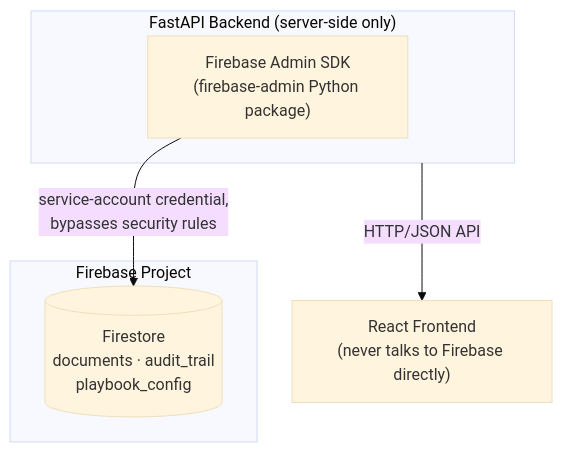
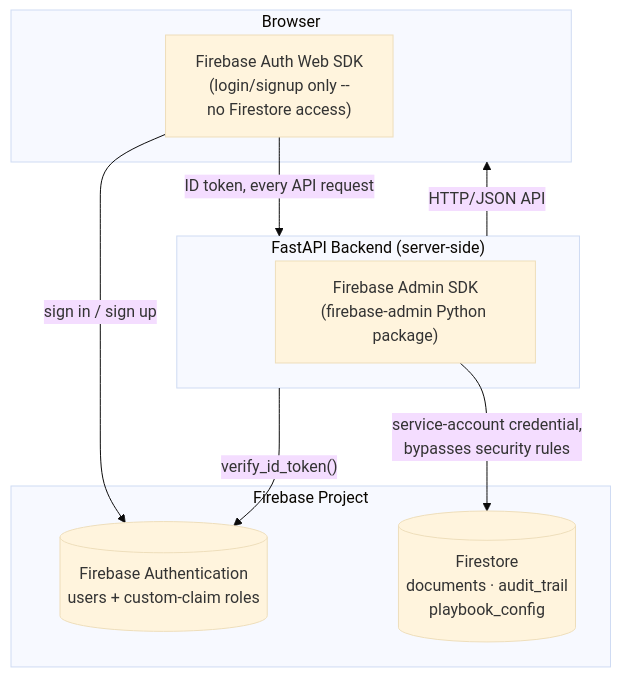
One commit to KL2300030695/LexTwin-AI changed the fourth of 4 diagrams in README.md. Above: the diagram before and after it, drawn with Mermaid (base theme). The commit also changed other lines of this file and 34 other files, not shown here.

````diff
--- a/README.md
+++ b/README.md
@@ -1460,11 +1521,18 @@
 ```mermaid
 flowchart TB
-    subgraph Backend["FastAPI Backend (server-side only)"]
+    subgraph Client["Browser"]
+        WEBAUTH["Firebase Auth Web SDK\n(login/signup only --\nno Firestore access)"]
+    end
+    subgraph Backend["FastAPI Backend (server-side)"]
         ADMIN["Firebase Admin SDK\n(firebase-admin Python package)"]
     end
     subgraph Firebase["Firebase Project"]
+        AUTH[("Firebase Authentication\nusers + custom-claim roles")]
         FS[("Firestore\ndocuments · audit_trail\nplaybook_config")]
     end
+    WEBAUTH -->|"sign in / sign up"| AUTH
+    WEBAUTH -->|"ID token, every API request"| Backend
+    Backend -->|"verify_id_token()"| AUTH
     ADMIN -->|"service-account credential,\nbypasses security rules"| FS
-    Backend -->|"HTTP/JSON API"| Frontend["React Frontend\n(never talks to Firebase directly)"]
+    Backend -->|"HTTP/JSON API"| Client
 ```
````
